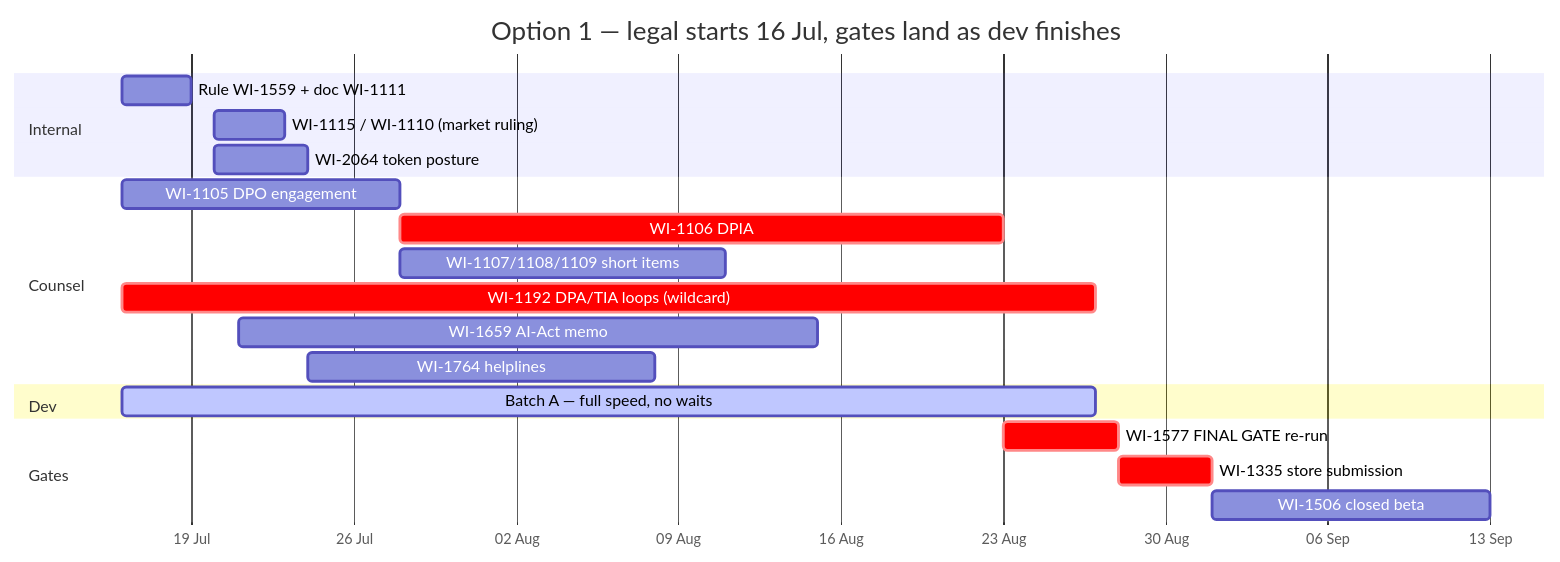
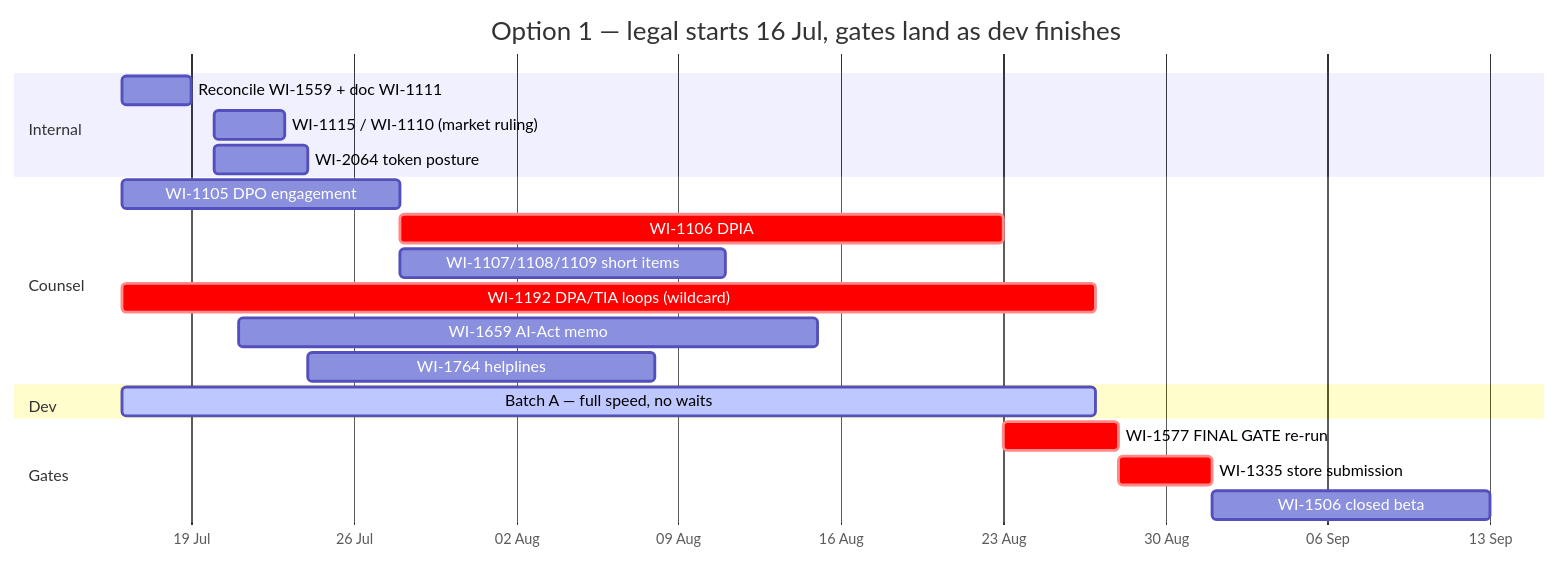
The second of 3 diagrams in _wip/mvp-roadmap/2026-07-15-ld2-options-visual.md (cognoco/eduagent-build), drawn with Mermaid before and after one commit. The commit also changed other lines of this file and 22 other files, not shown here.

````diff
--- a/_wip/mvp-roadmap/2026-07-15-ld2-options-visual.md
+++ b/_wip/mvp-roadmap/2026-07-15-ld2-options-visual.md
@@ -60,23 +62,23 @@
 ```mermaid
 gantt
     title Option 1 — legal starts 16 Jul, gates land as dev finishes
     dateFormat YYYY-MM-DD
     axisFormat %d %b
     section Internal
-    Rule WI-1559 + doc WI-1111        :i1, 2026-07-16, 3d
+    Reconcile WI-1559 + doc WI-1111   :i1, 2026-07-16, 3d
     WI-1115 / WI-1110 (market ruling) :i2, 2026-07-20, 3d
     WI-2064 token posture             :i3, 2026-07-20, 4d
     section Counsel
     WI-1105 DPO engagement            :c1, 2026-07-16, 12d
     WI-1106 DPIA                      :crit, c2, after c1, 26d
     WI-1107/1108/1109 short items     :c3, after c1, 14d
     WI-1192 DPA/TIA loops (wildcard)  :crit, c4, 2026-07-16, 42d
     WI-1659 AI-Act memo               :c5, 2026-07-21, 25d
     WI-1764 helplines                 :c6, 2026-07-24, 15d
     section Dev
     Batch A — full speed, no waits    :active, d1, 2026-07-16, 42d
     section Gates
     WI-1577 FINAL GATE re-run         :crit, g1, after c2, 5d
     WI-1335 store submission          :crit, g2, after g1, 4d
     WI-1506 closed beta               :g3, after g2, 12d
 ```
````
